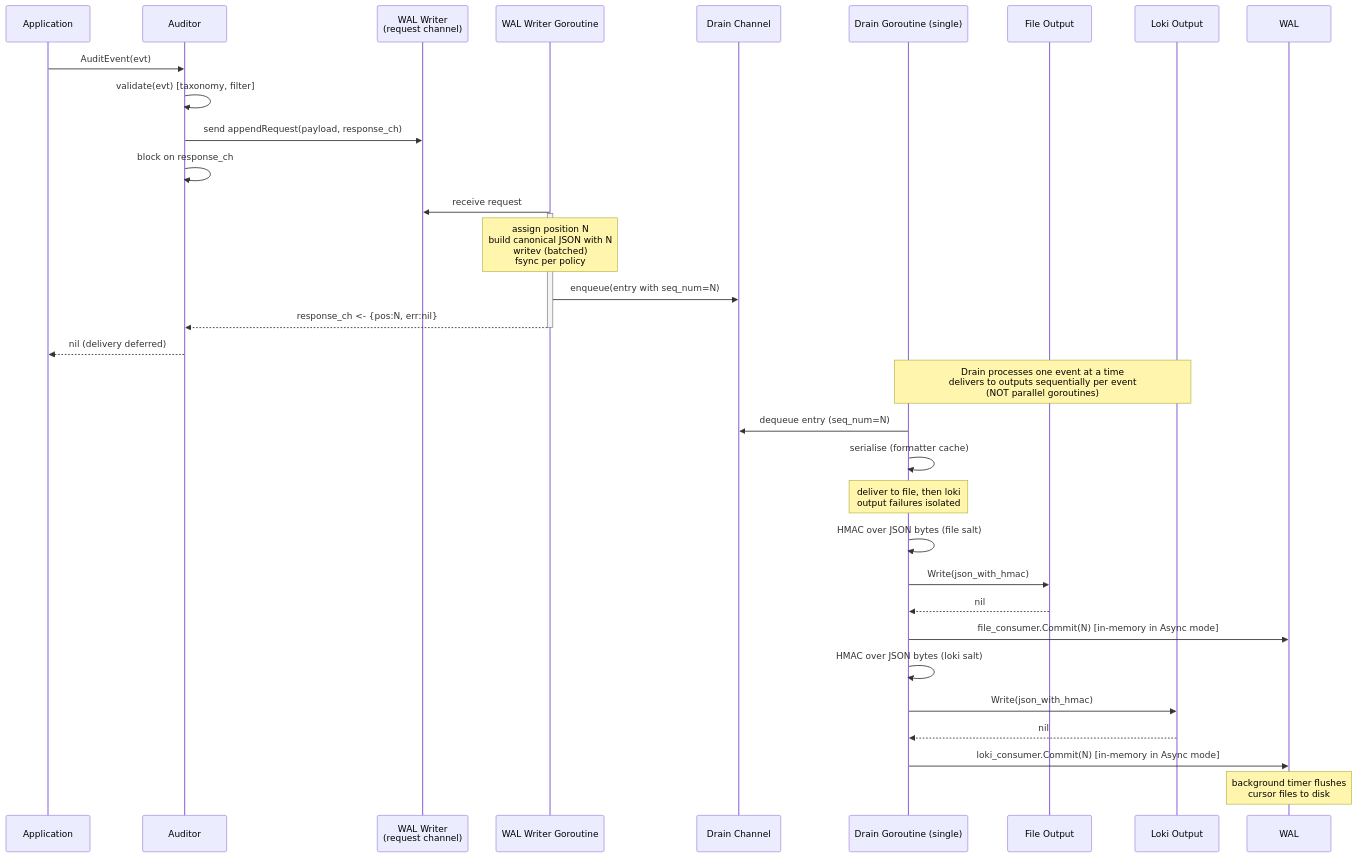
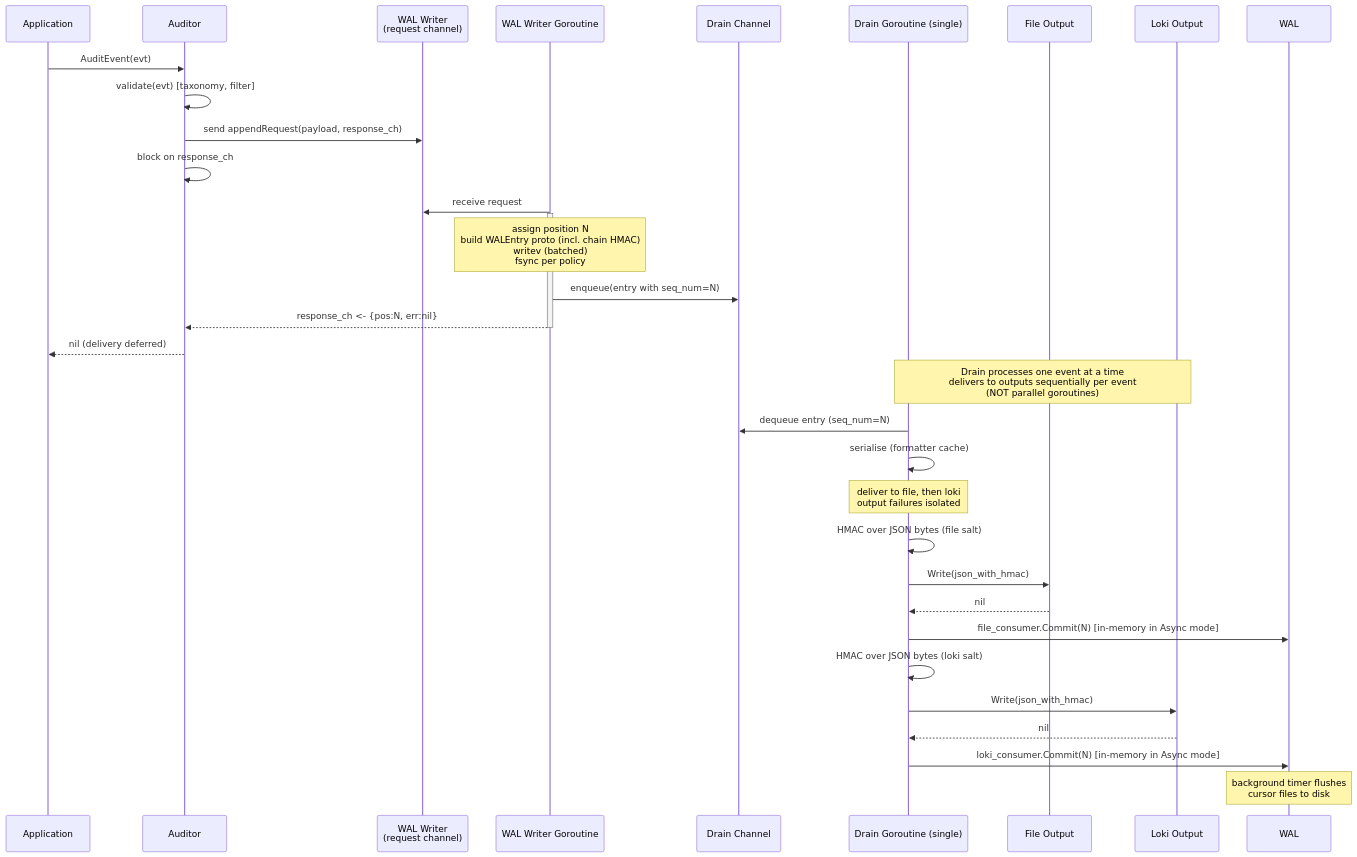
The first of 9 diagrams in docs/wal-design.md (axonops/audit), drawn with Mermaid before and after one commit. The commit also changed other lines of this file, not shown here.

````diff
--- a/docs/wal-design.md
+++ b/docs/wal-design.md
@@ -562,40 +610,40 @@
 ```mermaid
 sequenceDiagram
     participant App as Application
     participant Auditor as Auditor
     participant WALReq as WAL Writer<br/>(request channel)
     participant Writer as WAL Writer Goroutine
     participant Ch as Drain Channel
     participant Drain as Drain Goroutine (single)
     participant File as File Output
     participant Loki as Loki Output
 
     App->>Auditor: AuditEvent(evt)
     Auditor->>Auditor: validate(evt) [taxonomy, filter]
     Auditor->>WALReq: send appendRequest(payload, response_ch)
     Auditor->>Auditor: block on response_ch
 
     Writer->>WALReq: receive request
     activate Writer
-    Note over Writer: assign position N<br/>build canonical JSON with N<br/>writev (batched)<br/>fsync per policy
+    Note over Writer: assign position N<br/>build WALEntry proto (incl. chain HMAC)<br/>writev (batched)<br/>fsync per policy
     Writer->>Ch: enqueue(entry with seq_num=N)
     Writer-->>Auditor: response_ch <- {pos:N, err:nil}
     deactivate Writer
     Auditor-->>App: nil (delivery deferred)
 
     Note over Drain,Loki: Drain processes one event at a time<br/>delivers to outputs sequentially per event<br/>(NOT parallel goroutines)
 
     Drain->>Ch: dequeue entry (seq_num=N)
     Drain->>Drain: serialise (formatter cache)
     Note over Drain: deliver to file, then loki<br/>output failures isolated
     Drain->>Drain: HMAC over JSON bytes (file salt)
     Drain->>File: Write(json_with_hmac)
     File-->>Drain: nil
     Drain->>WAL: file_consumer.Commit(N) [in-memory in Async mode]
     Drain->>Drain: HMAC over JSON bytes (loki salt)
     Drain->>Loki: Write(json_with_hmac)
     Loki-->>Drain: nil
     Drain->>WAL: loki_consumer.Commit(N) [in-memory in Async mode]
 
     Note over WAL: background timer flushes<br/>cursor files to disk
 ```
````
